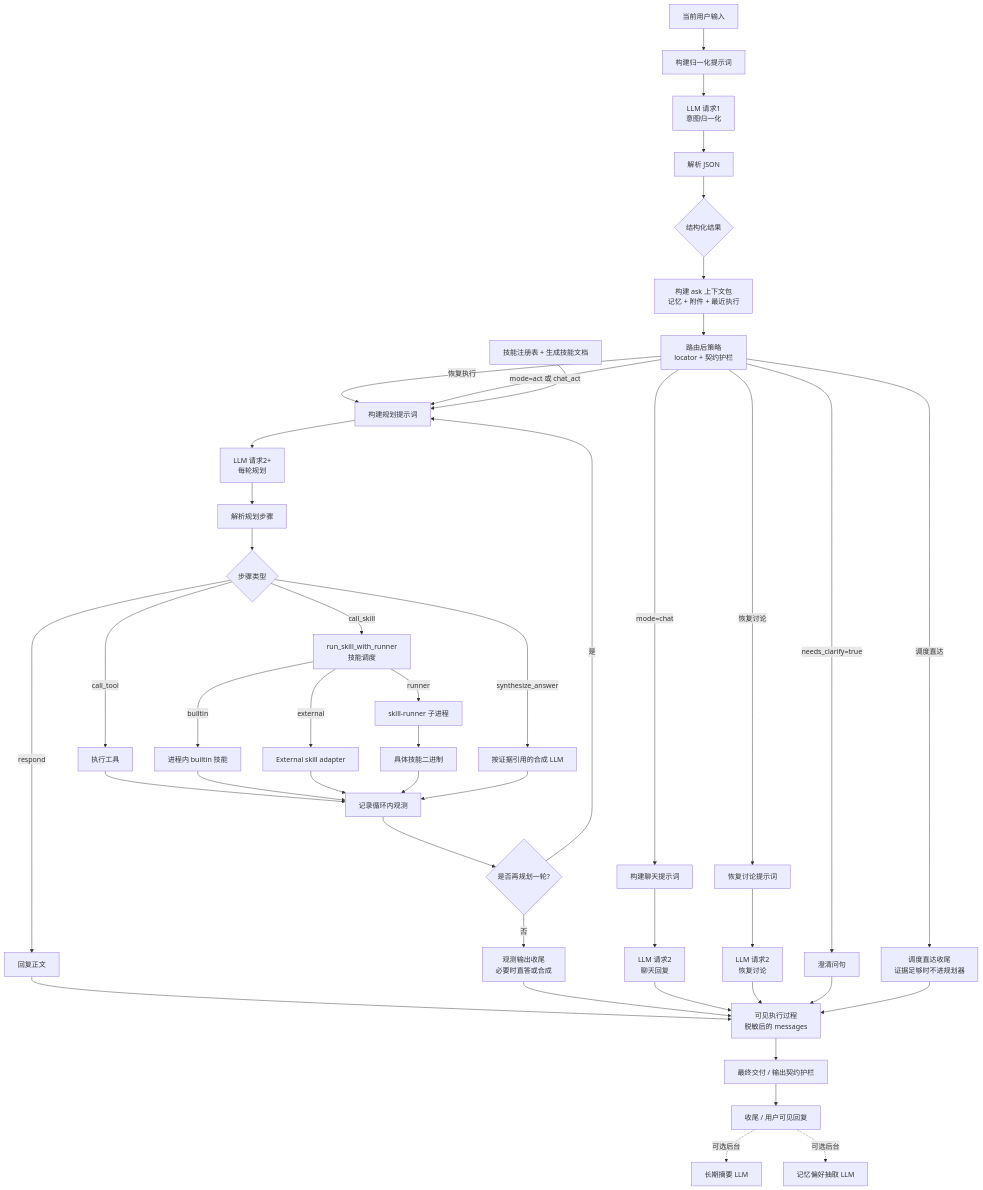
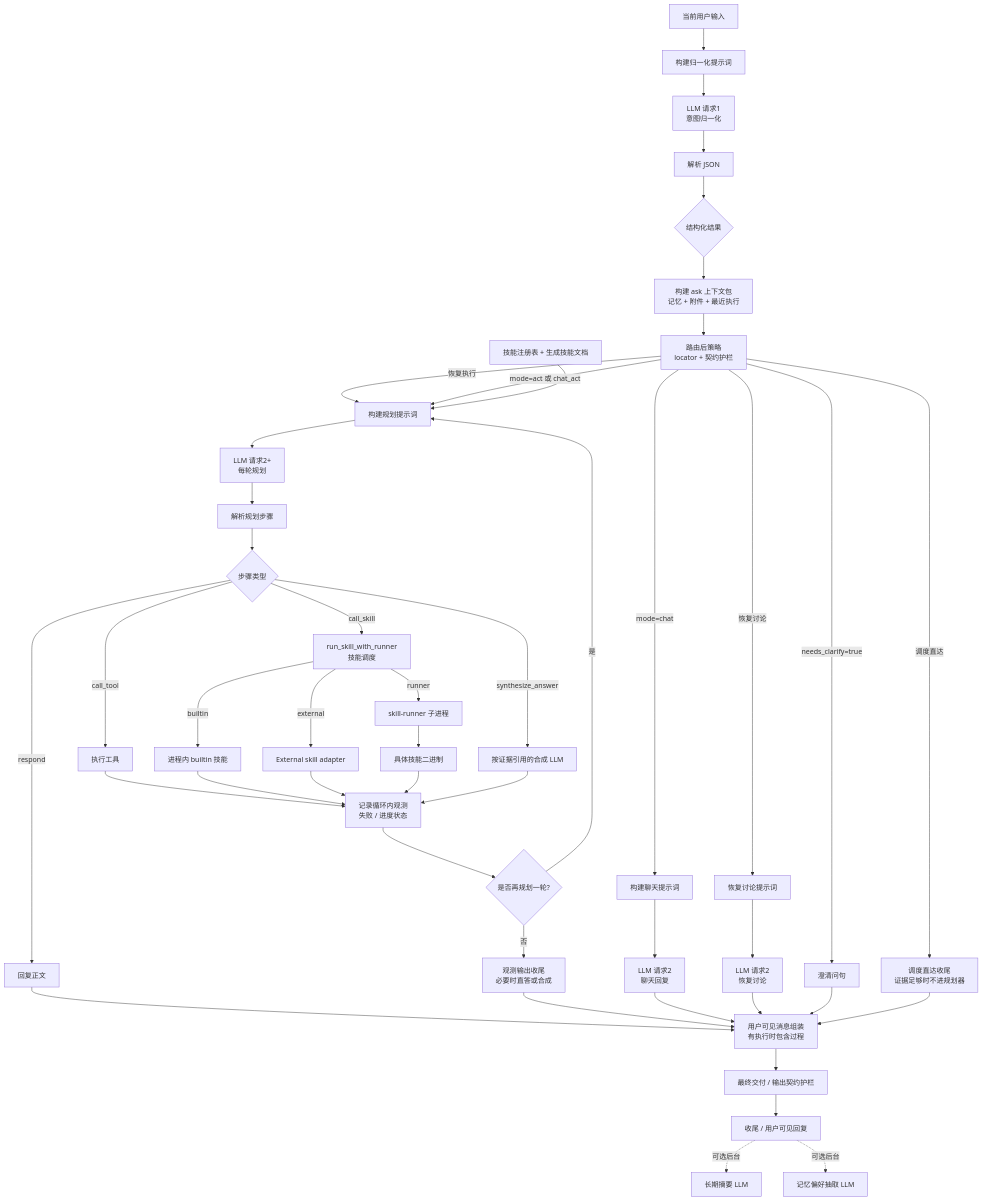
The second of 2 diagrams in README.zh-CN.md (MatrixCoreX/RustClaw), drawn with Mermaid before and after one commit. The commit also changed other lines of this file and 1 other file, not shown here.

Commit message:
Align README flow diagrams

````diff
--- a/README.zh-CN.md
+++ b/README.zh-CN.md
@@ -108,47 +108,47 @@
 ```mermaid
 flowchart TD
     A[当前用户输入] --> B[构建归一化提示词]
     B --> C[LLM 请求1<br/>意图归一化]
     C --> D[解析 JSON]
     D --> E{结构化结果}
     E --> Ec[构建 ask 上下文包<br/>记忆 + 附件 + 最近执行]
     Ec --> E2[路由后策略<br/>locator + 契约护栏]
     E2 -->|调度直达| Fs[调度直达收尾<br/>证据足够时不进规划器]
     E2 -->|恢复讨论| Fr[恢复讨论提示词]
     E2 -->|恢复执行| H
     E2 -->|needs_clarify=true| F[澄清问句]
     E2 -->|mode=chat| G[构建聊天提示词]
     E2 -->|mode=act 或 chat_act| H[构建规划提示词]
     SK[技能注册表 + 生成技能文档] --> H
     G --> Ic[LLM 请求2<br/>聊天回复]
     Fr --> Ir[LLM 请求2<br/>恢复讨论]
     H --> Ip[LLM 请求2+<br/>每轮规划]
     Ip --> J[解析规划步骤]
     J --> K{步骤类型}
     K -->|respond| L[回复正文]
     K -->|call_tool| M[执行工具]
     K -->|call_skill| Ms[run_skill_with_runner<br/>技能调度]
     Ms -->|builtin| Msb[进程内 builtin 技能]
     Ms -->|external| Mse[External skill adapter]
     Ms -->|runner| Msr[skill-runner 子进程]
     Msr --> Msbinary[具体技能二进制]
     K -->|synthesize_answer| N[按证据引用的合成 LLM]
-    M --> O[记录循环内观测]
+    M --> O[记录循环内观测<br/>失败 / 进度状态]
     Msb --> O
     Mse --> O
     Msbinary --> O
     N --> O
     O --> P{是否再规划一轮?}
     P -->|是| H
     P -->|否| Q[观测输出收尾<br/>必要时直答或合成]
-    L --> VP[可见执行过程<br/>脱敏后的 messages]
+    L --> VP[用户可见消息组装<br/>有执行时包含过程]
     Q --> VP
     Ic --> VP
     Ir --> VP
     F --> VP
     Fs --> VP
     VP --> R[最终交付 / 输出契约护栏]
     R --> S[收尾 / 用户可见回复]
     S -. 可选后台 .-> T[长期摘要 LLM]
     S -. 可选后台 .-> U[记忆偏好抽取 LLM]
 ```
````
